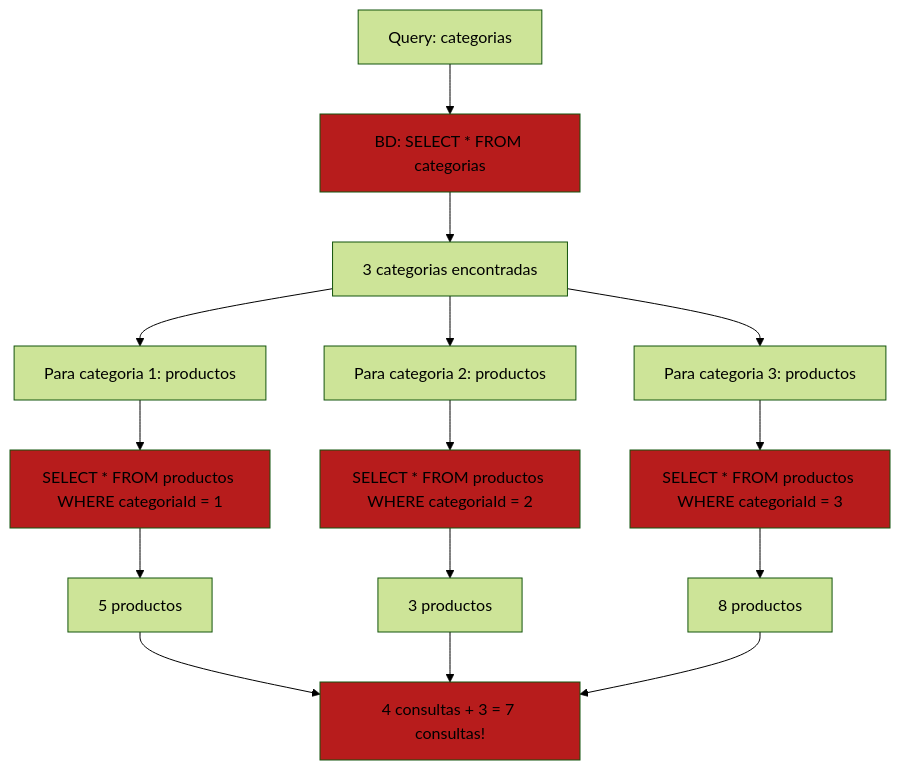
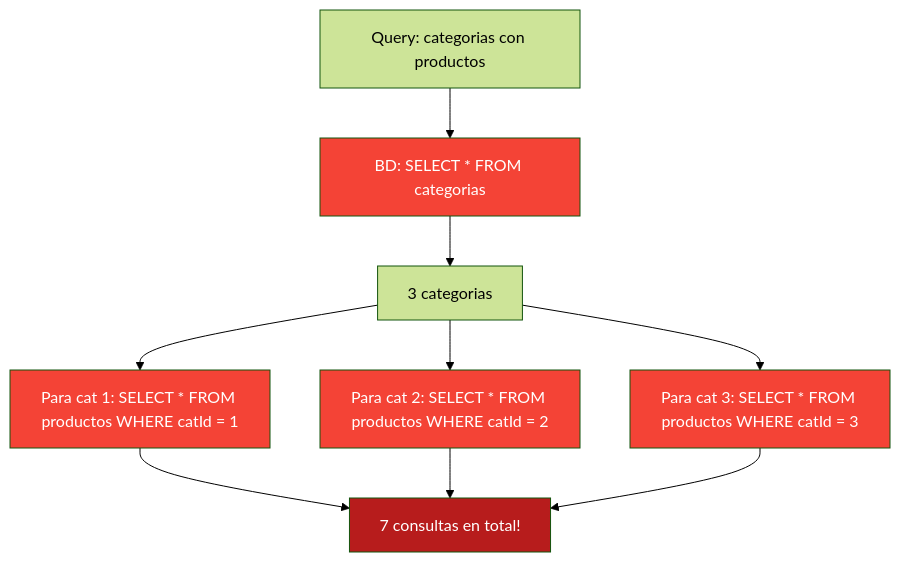
The eighth of 10 diagrams in 19-graphql.md (joseluisgs/DesarrolloWebEntornosServidor-02-2026-2027), drawn with Mermaid (forest theme) before and after one commit. The commit also changed other lines of this file and 1 other file, not shown here.

Commit message:
Reorder sections in README.md: moved "Apis con GraphQL", "Logging", and "Email Services" to correct positions

````diff
--- a/19-graphql.md
+++ b/19-graphql.md
@@ -1179,27 +870,19 @@
 ```mermaid
 graph TD
-    A[Query: categorias] --> B[BD: SELECT * FROM categorias]
-    B --> C[3 categorias encontradas]
-    
-    C --> D1[Para categoria 1: productos]
-    C --> D2[Para categoria 2: productos]
-    C --> D3[Para categoria 3: productos]
-    
-    D1 --> E1[SELECT * FROM productos WHERE categoriaId = 1]
-    D2 --> E2[SELECT * FROM productos WHERE categoriaId = 2]
-    D3 --> E3[SELECT * FROM productos WHERE categoriaId = 3]
-    
-    E1 --> F1[5 productos]
-    E2 --> F2[3 productos]
-    E3 --> F3[8 productos]
-    
-    F1 --> TOTAL[4 consultas + 3 = 7 consultas!]
-    F2 --> TOTAL
-    F3 --> TOTAL
-    
-    style B fill:#B71C1C
-    style E1 fill:#B71C1C
-    style E2 fill:#B71C1C
-    style E3 fill:#B71C1C
-    style TOTAL fill:#B71C1C
+    Q["Query: categorias con productos"] --> S1["BD: SELECT * FROM categorias"]
+    S1 --> C["3 categorias"]
+
+    C --> D1["Para cat 1: SELECT * FROM productos WHERE catId = 1"]
+    C --> D2["Para cat 2: SELECT * FROM productos WHERE catId = 2"]
+    C --> D3["Para cat 3: SELECT * FROM productos WHERE catId = 3"]
+
+    D1 --> R["7 consultas en total!"]
+    D2 --> R
+    D3 --> R
+
+    style S1 fill:#f44336,color:#fff
+    style D1 fill:#f44336,color:#fff
+    style D2 fill:#f44336,color:#fff
+    style D3 fill:#f44336,color:#fff
+    style R fill:#B71C1C,color:#fff
 ```
````
